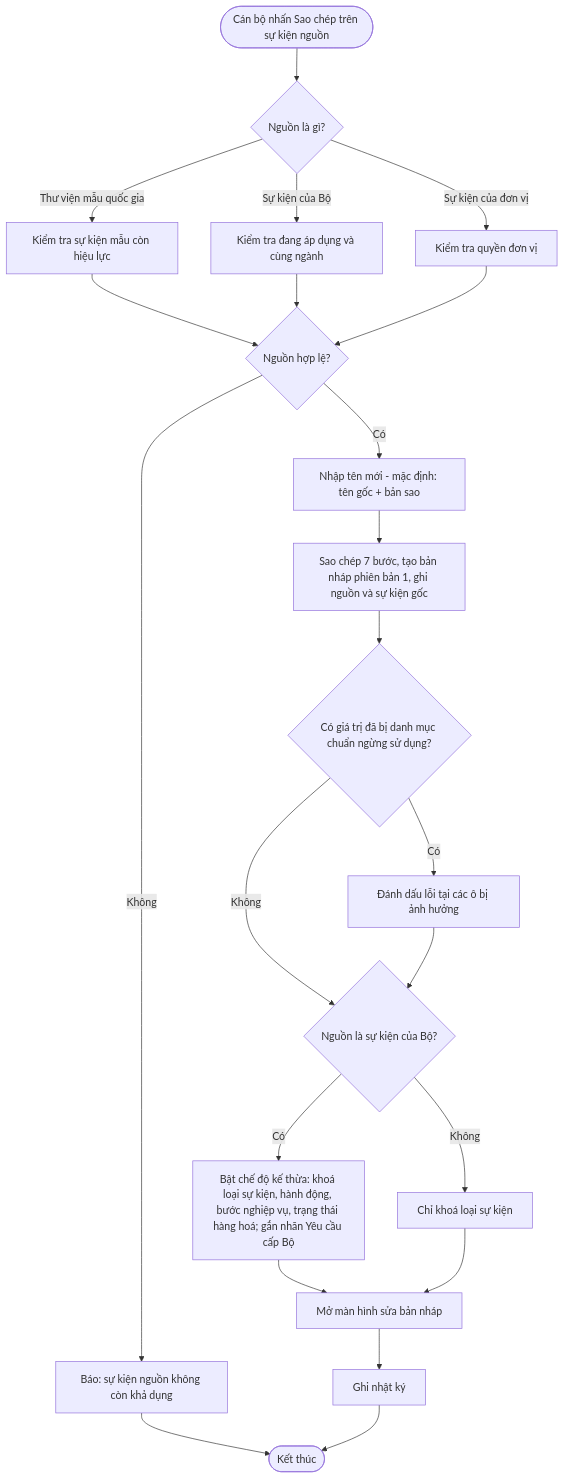
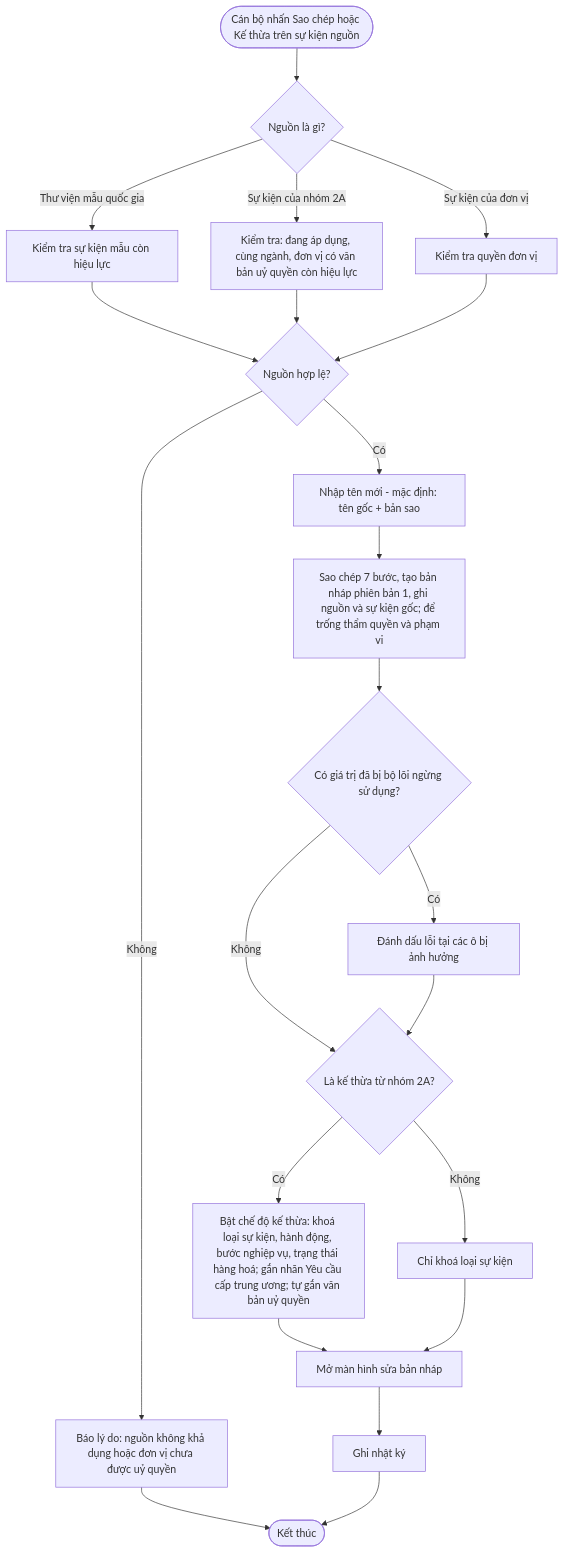
Before and after one commit to cuongnh-rd/ndatrace-attp: the ninth of 17 diagrams in docs/prd/PRD-Xay-dung-Su-kien-trong-yeu.md, drawn with Mermaid. The commit also changed other lines of this file and 18 other files, not shown here.

````diff
--- a/docs/prd/PRD-Xay-dung-Su-kien-trong-yeu.md
+++ b/docs/prd/PRD-Xay-dung-Su-kien-trong-yeu.md
@@ -412,22 +806,22 @@
 ```mermaid
 flowchart TD
-    A([Cán bộ nhấn Sao chép trên sự kiện nguồn]) --> B{Nguồn là gì?}
+    A([Cán bộ nhấn Sao chép hoặc Kế thừa trên sự kiện nguồn]) --> B{Nguồn là gì?}
     B -- Thư viện mẫu quốc gia --> C[Kiểm tra sự kiện mẫu còn hiệu lực]
-    B -- Sự kiện của Bộ --> D[Kiểm tra đang áp dụng và cùng ngành]
+    B -- Sự kiện của nhóm 2A --> D[Kiểm tra: đang áp dụng, cùng ngành, đơn vị có văn bản uỷ quyền còn hiệu lực]
     B -- Sự kiện của đơn vị --> E[Kiểm tra quyền đơn vị]
     C --> F
     D --> F
     E --> F{Nguồn hợp lệ?}
-    F -- Không --> X1[Báo: sự kiện nguồn không còn khả dụng] --> Z([Kết thúc])
+    F -- Không --> X1[Báo lý do: nguồn không khả dụng hoặc đơn vị chưa được uỷ quyền] --> Z([Kết thúc])
     F -- Có --> G[Nhập tên mới - mặc định: tên gốc + bản sao]
-    G --> H[Sao chép 7 bước, tạo bản nháp phiên bản 1, ghi nguồn và sự kiện gốc]
-    H --> I{Có giá trị đã bị danh mục chuẩn ngừng sử dụng?}
+    G --> H[Sao chép 7 bước, tạo bản nháp phiên bản 1, ghi nguồn và sự kiện gốc; để trống thẩm quyền và phạm vi]
+    H --> I{Có giá trị đã bị bộ lõi ngừng sử dụng?}
     I -- Có --> J[Đánh dấu lỗi tại các ô bị ảnh hưởng]
     I -- Không --> K
-    J --> K{Nguồn là sự kiện của Bộ?}
-    K -- Có --> L[Bật chế độ kế thừa: khoá loại sự kiện, hành động, bước nghiệp vụ, trạng thái hàng hoá; gắn nhãn Yêu cầu cấp Bộ]
+    J --> K{Là kế thừa từ nhóm 2A?}
+    K -- Có --> L[Bật chế độ kế thừa: khoá loại sự kiện, hành động, bước nghiệp vụ, trạng thái hàng hoá; gắn nhãn Yêu cầu cấp trung ương; tự gắn văn bản uỷ quyền]
     K -- Không --> M[Chỉ khoá loại sự kiện]
     L --> N[Mở màn hình sửa bản nháp]
     M --> N
     N --> O[Ghi nhật ký] --> Z
 ```
````
